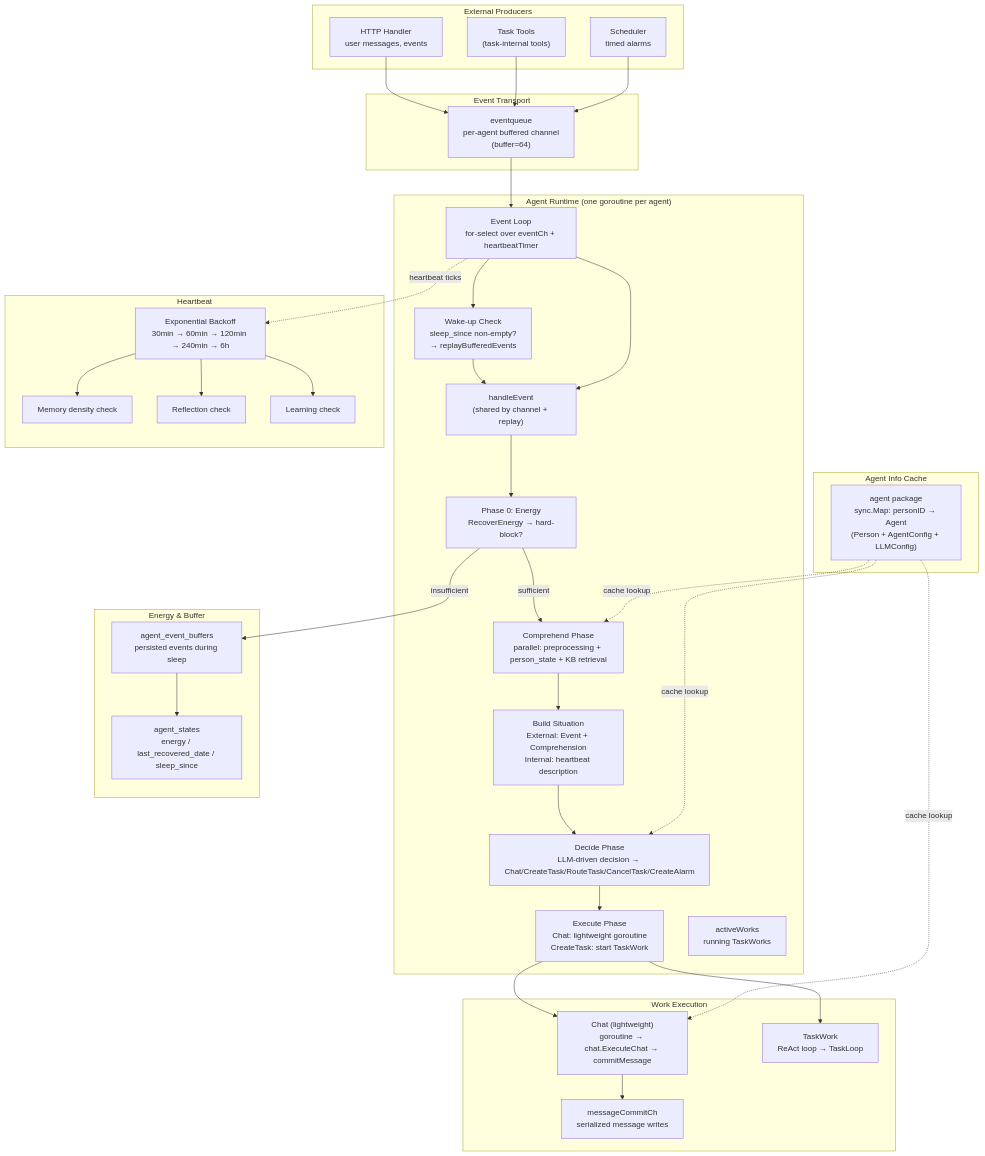
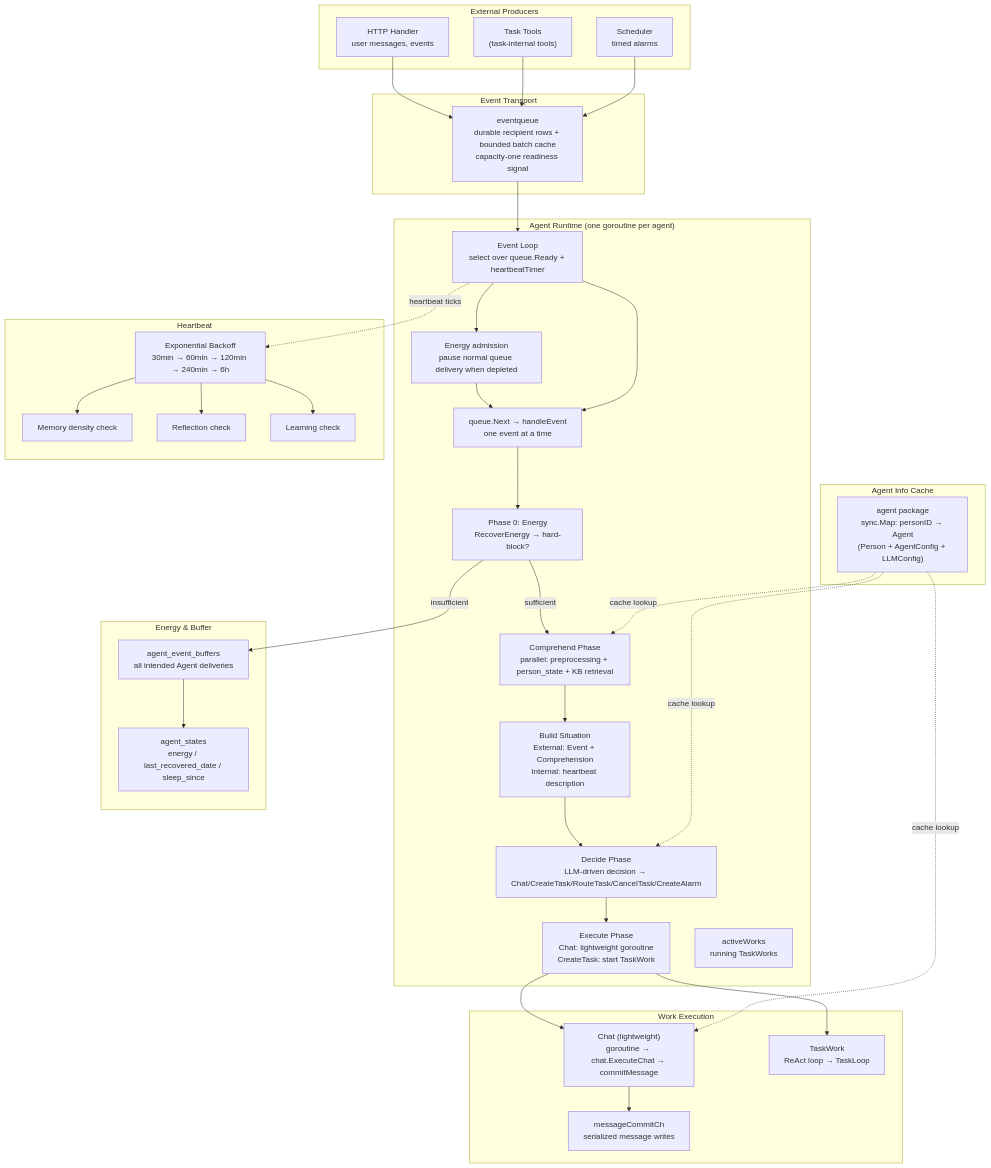
One commit to KoanJan/qingqiu-world changed the first of 9 diagrams in doc/engineering_implements/agent-runtime-event-loop.md. Above: the diagram before and after it, drawn with Mermaid. The commit also changed other lines of this file and 35 other files, not shown here.

First line of the commit message:
Persist agent event deliveries and encapsulate queue consumption (#19)

````diff
--- a/doc/engineering_implements/agent-runtime-event-loop.md
+++ b/doc/engineering_implements/agent-runtime-event-loop.md
@@ -7,71 +7,71 @@
 ```mermaid
 graph TB
     subgraph "External Producers"
         Handler["HTTP Handler<br/>user messages, events"]
         TaskTools["Task Tools<br/>(task-internal tools)"]
         Scheduler["Scheduler<br/>timed alarms"]
     end
 
     subgraph "Event Transport"
-        EQ["eventqueue<br/>per-agent buffered channel<br/>(buffer=64)"]
+        EQ["eventqueue<br/>durable recipient rows + bounded batch cache<br/>capacity-one readiness signal"]
     end
 
     subgraph "Agent Runtime (one goroutine per agent)"
-        Loop["Event Loop<br/>for-select over eventCh + heartbeatTimer"]
-        Wakeup["Wake-up Check<br/>sleep_since non-empty?<br/>→ replayBufferedEvents"]
-        Handle["handleEvent<br/>(shared by channel + replay)"]
+        Loop["Event Loop<br/>select over queue.Ready + heartbeatTimer"]
+        Wakeup["Energy admission<br/>pause normal queue delivery when depleted"]
+        Handle["queue.Next → handleEvent<br/>one event at a time"]
         Energy["Phase 0: Energy<br/>RecoverEnergy → hard-block?"]
         Comprehend["Comprehend Phase<br/>parallel: preprocessing + person_state + KB retrieval"]
         Situation["Build Situation<br/>External: Event + Comprehension<br/>Internal: heartbeat description"]
         Decide["Decide Phase<br/>LLM-driven decision → Chat/CreateTask/RouteTask/CancelTask/CreateAlarm"]
         Execute["Execute Phase<br/>Chat: lightweight goroutine<br/>CreateTask: start TaskWork"]
         ActiveWorks["activeWorks<br/>running TaskWorks"]
     end
 
     subgraph "Work Execution"
         Chat["Chat (lightweight)<br/>goroutine → chat.ExecuteChat → commitMessage"]
         TaskWork["TaskWork<br/>ReAct loop → TaskLoop"]
         CommitCh["messageCommitCh<br/>serialized message writes"]
     end
 
     subgraph "Agent Info Cache"
         AgentCache["agent package<br/>sync.Map: personID → Agent<br/>(Person + AgentConfig + LLMConfig)"]
     end
 
     subgraph "Energy & Buffer"
         AgentState["agent_states<br/>energy / last_recovered_date / sleep_since"]
-        EventBuffer["agent_event_buffers<br/>persisted events during sleep"]
+        EventBuffer["agent_event_buffers<br/>all intended Agent deliveries"]
     end
 
     subgraph "Heartbeat"
         HB["Exponential Backoff<br/>30min → 60min → 120min → 240min → 6h"]
         MemCheck["Memory density check"]
         RefCheck["Reflection check"]
         LearnCheck["Learning check"]
     end
 
     Handler --> EQ
     TaskTools --> EQ
     Scheduler --> EQ
     EQ --> Loop
     Loop --> Wakeup
     Wakeup --> Handle
     Loop --> Handle
     Handle --> Energy
     Energy -->|sufficient| Comprehend
     Energy -->|insufficient| EventBuffer
     EventBuffer --> AgentState
     Comprehend --> Situation
     Situation --> Decide
     Decide --> Execute
     Execute --> Chat
     Execute --> TaskWork
     Chat --> CommitCh
     Loop -.heartbeat ticks.-> HB
     HB --> MemCheck
     HB --> RefCheck
     HB --> LearnCheck
     AgentCache -.cache lookup.-> Comprehend
     AgentCache -.cache lookup.-> Decide
     AgentCache -.cache lookup.-> Chat
 ```
````
